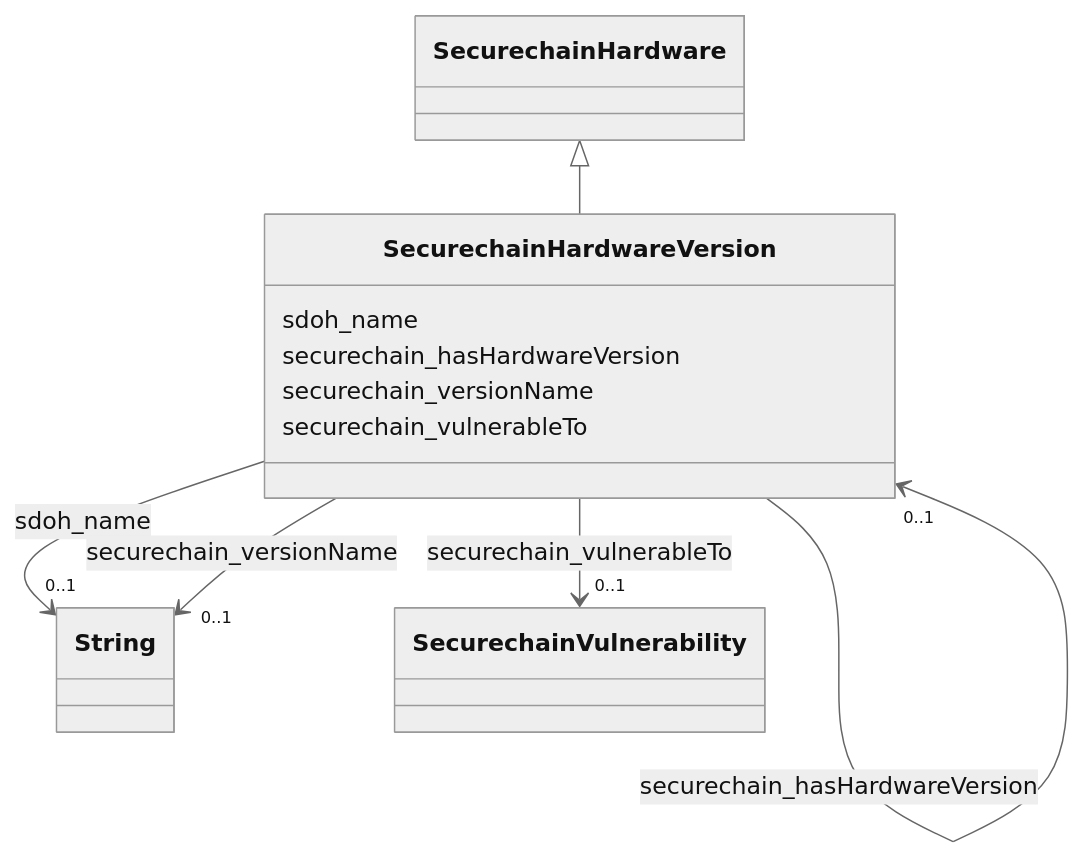
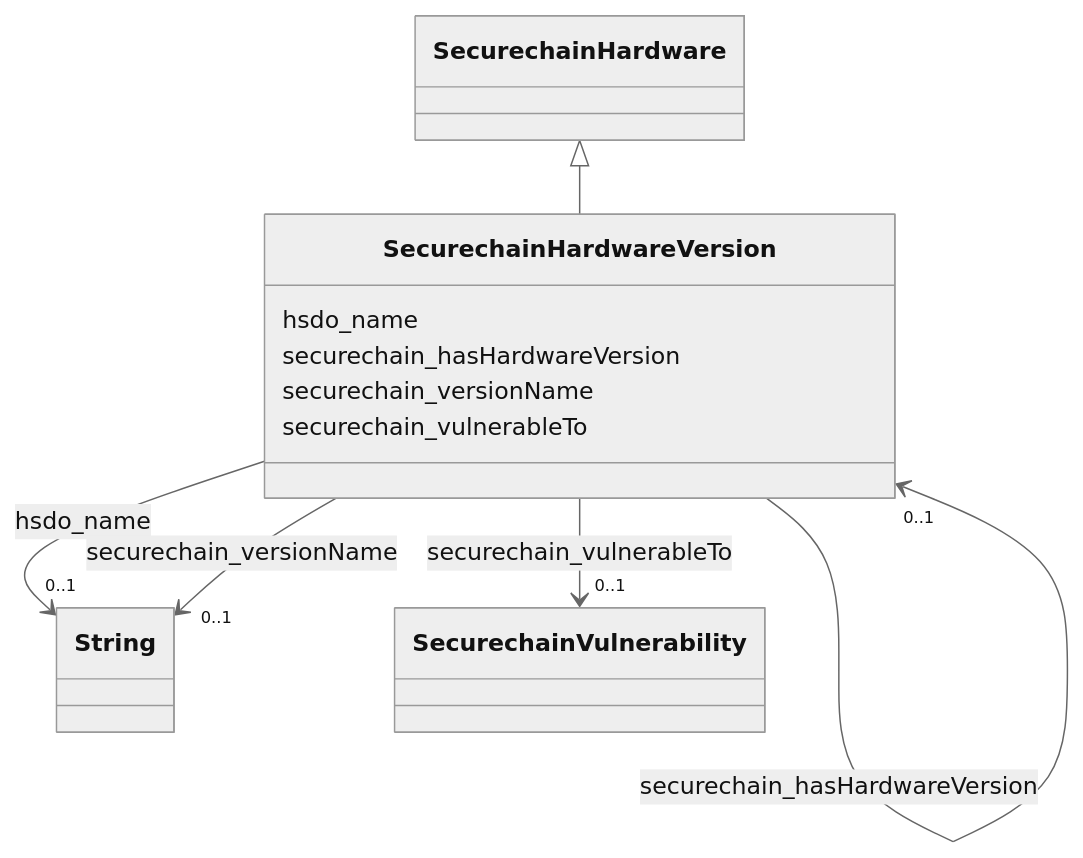
One commit to frink-okn/graph-descriptions changed the diagram in secure-chain-kg/classes/SecurechainHardwareVersion.md. Above: the diagram before and after it, drawn with Mermaid (neutral theme). The commit also changed other lines of this file and 45 other files, not shown here.

````diff
--- a/secure-chain-kg/classes/SecurechainHardwareVersion.md
+++ b/secure-chain-kg/classes/SecurechainHardwareVersion.md
@@ -19,45 +19,45 @@
 ```mermaid
  classDiagram
     class SecurechainHardwareVersion
     click SecurechainHardwareVersion href "../SecurechainHardwareVersion"
       SecurechainHardware <|-- SecurechainHardwareVersion
         click SecurechainHardware href "../SecurechainHardware"
       
-      SecurechainHardwareVersion : sdoh_name
+      SecurechainHardwareVersion : hsdo_name
         
           
     
     
-    SecurechainHardwareVersion --> "0..1" String : sdoh_name
+    SecurechainHardwareVersion --> "0..1" String : hsdo_name
     click String href "../String"
 
         
       SecurechainHardwareVersion : securechain_hasHardwareVersion
         
           
     
     
     SecurechainHardwareVersion --> "0..1" SecurechainHardwareVersion : securechain_hasHardwareVersion
     click SecurechainHardwareVersion href "../SecurechainHardwareVersion"
 
         
       SecurechainHardwareVersion : securechain_versionName
         
           
     
     
     SecurechainHardwareVersion --> "0..1" String : securechain_versionName
     click String href "../String"
 
         
       SecurechainHardwareVersion : securechain_vulnerableTo
         
           
     
     
     SecurechainHardwareVersion --> "0..1" SecurechainVulnerability : securechain_vulnerableTo
     click SecurechainVulnerability href "../SecurechainVulnerability"
 
         
       
 ```
````
